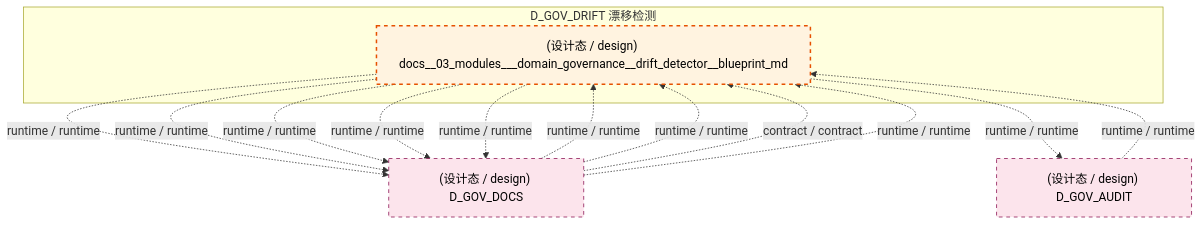
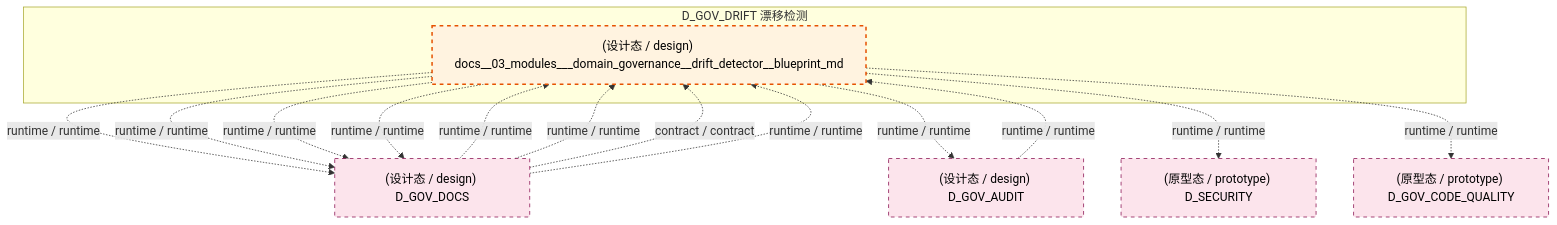
The fifth of 7 diagrams in docs/02_enterprise_architecture/02_domain_architecture_docs/41_d_gov_drift.md (xuanFelixVan/ZephyrAlpha), drawn with Mermaid before and after one commit. The commit also changed other lines of this file and 98 other files, not shown here.

````diff
--- a/docs/02_enterprise_architecture/02_domain_architecture_docs/41_d_gov_drift.md
+++ b/docs/02_enterprise_architecture/02_domain_architecture_docs/41_d_gov_drift.md
@@ -536,25 +536,28 @@
 ```mermaid
 graph TD
     subgraph D_GOV_DRIFT["D_GOV_DRIFT 漂移检测"]
         docs_03_modules_domain_governance_drift_detector_blueprint_md["(设计态 / design) docs__03_modules___domain_governance__drift_detector__blueprint_md"]
     end
     D_GOV_DOCS["(设计态 / design) D_GOV_DOCS"]
     docs_03_modules_domain_governance_drift_detector_blueprint_md -.->|runtime / runtime| D_GOV_DOCS
     docs_03_modules_domain_governance_drift_detector_blueprint_md -.->|runtime / runtime| D_GOV_DOCS
     D_GOV_AUDIT["(设计态 / design) D_GOV_AUDIT"]
     docs_03_modules_domain_governance_drift_detector_blueprint_md -.->|runtime / runtime| D_GOV_AUDIT
-    docs_03_modules_domain_governance_drift_detector_blueprint_md -.->|runtime / runtime| D_GOV_DOCS
+    D_SECURITY["(原型态 / prototype) D_SECURITY"]
+    docs_03_modules_domain_governance_drift_detector_blueprint_md -.->|runtime / runtime| D_SECURITY
+    D_GOV_CODE_QUALITY["(原型态 / prototype) D_GOV_CODE_QUALITY"]
+    docs_03_modules_domain_governance_drift_detector_blueprint_md -.->|runtime / runtime| D_GOV_CODE_QUALITY
     docs_03_modules_domain_governance_drift_detector_blueprint_md -.->|runtime / runtime| D_GOV_DOCS
     docs_03_modules_domain_governance_drift_detector_blueprint_md -.->|runtime / runtime| D_GOV_DOCS
     D_GOV_AUDIT -.->|runtime / runtime| docs_03_modules_domain_governance_drift_detector_blueprint_md
     D_GOV_DOCS -.->|runtime / runtime| docs_03_modules_domain_governance_drift_detector_blueprint_md
     D_GOV_DOCS -.->|runtime / runtime| docs_03_modules_domain_governance_drift_detector_blueprint_md
     D_GOV_DOCS -.->|contract / contract| docs_03_modules_domain_governance_drift_detector_blueprint_md
     D_GOV_DOCS -.->|runtime / runtime| docs_03_modules_domain_governance_drift_detector_blueprint_md
     classDef production fill:#e1f5fe,stroke:#01579b,stroke-width:2px,color:#000
     classDef design fill:#fff3e0,stroke:#e65100,stroke-width:2px,color:#000,stroke-dasharray: 5 5
     classDef external_prod fill:#e8f5e9,stroke:#1b5e20,stroke-width:1px,color:#000
     classDef external_design fill:#fce4ec,stroke:#880e4f,stroke-width:1px,color:#000,stroke-dasharray: 5 5
     class docs_03_modules_domain_governance_drift_detector_blueprint_md design
-    class D_GOV_DOCS,D_GOV_AUDIT external_design
+    class D_GOV_DOCS,D_GOV_AUDIT,D_SECURITY,D_GOV_CODE_QUALITY external_design
 ```
````
